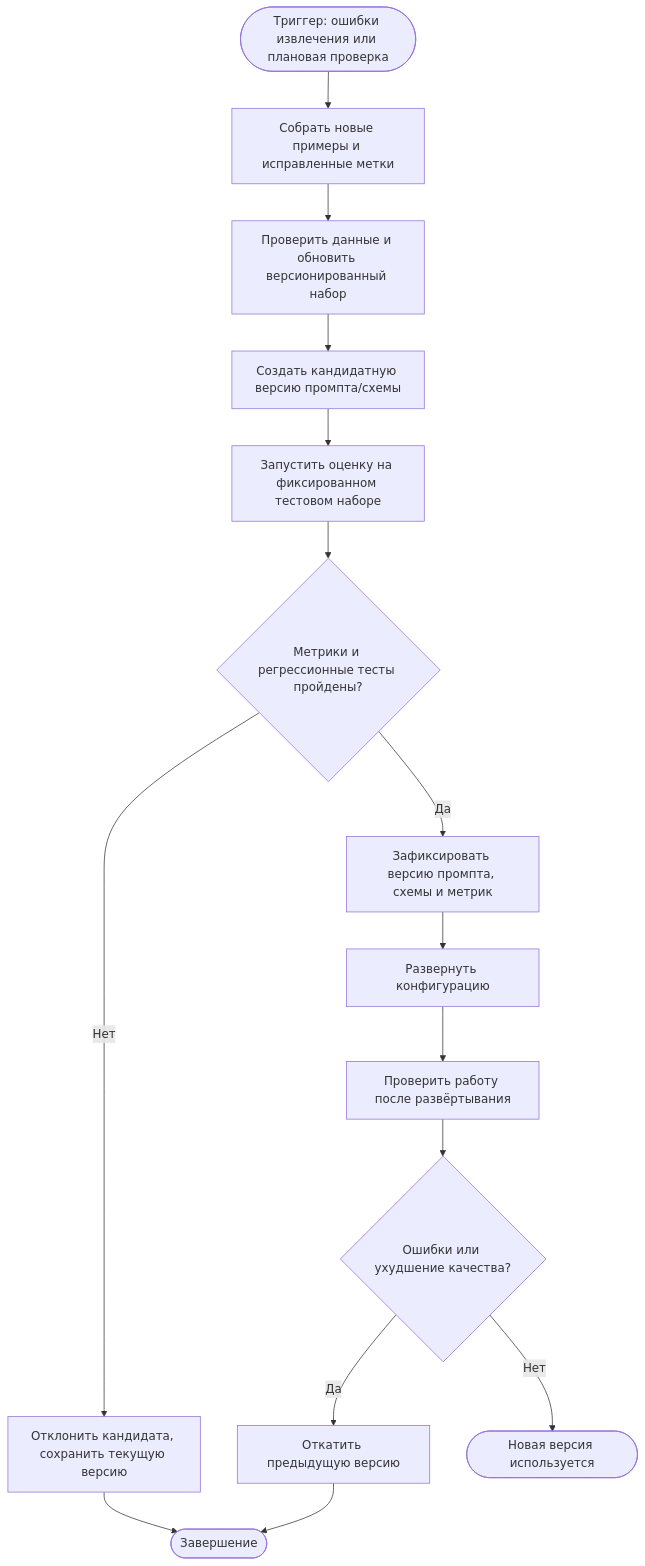
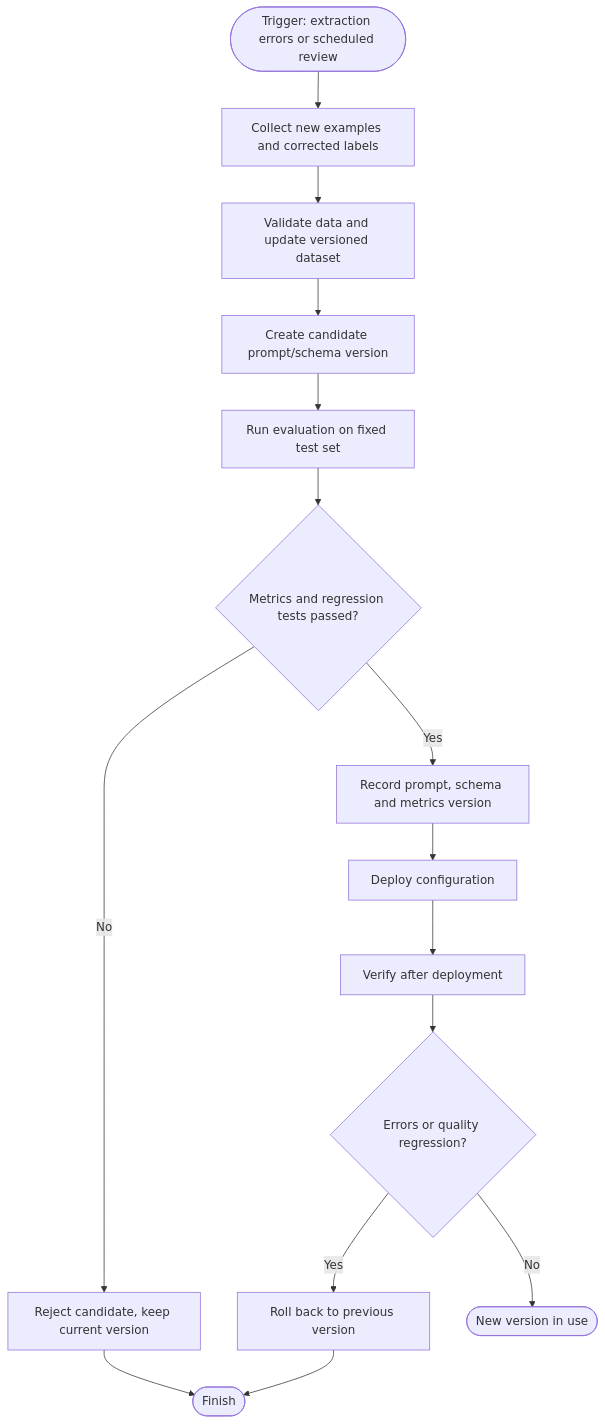
One commit to IvanWend/techanizer changed the diagram in docs/model_retrain_BPMN.md. Above: the diagram before and after it, drawn with Mermaid. The commit also changed other lines of this file and 2 other files, not shown here.

Commit message:
update model docs

````diff
--- a/docs/model_retrain_BPMN.md
+++ b/docs/model_retrain_BPMN.md
@@ -7,17 +7,17 @@
 ```mermaid
 flowchart TD
-    A([Триггер: ошибки извлечения или плановая проверка]) --> B[Собрать новые примеры и исправленные метки]
-    B --> C[Проверить данные и обновить версионированный набор]
-    C --> D[Создать кандидатную версию промпта/схемы]
-    D --> E[Запустить оценку на фиксированном тестовом наборе]
-    E --> F{Метрики и регрессионные тесты пройдены?}
-    F -- Нет --> G[Отклонить кандидата, сохранить текущую версию]
-    G --> H([Завершение])
-    F -- Да --> I[Зафиксировать версию промпта, схемы и метрик]
-    I --> J[Развернуть конфигурацию]
-    J --> K[Проверить работу после развёртывания]
-    K --> L{Ошибки или ухудшение качества?}
-    L -- Да --> M[Откатить предыдущую версию]
+    A([Trigger: extraction errors or scheduled review]) --> B[Collect new examples and corrected labels]
+    B --> C[Validate data and update versioned dataset]
+    C --> D[Create candidate prompt/schema version]
+    D --> E[Run evaluation on fixed test set]
+    E --> F{Metrics and regression tests passed?}
+    F -- No --> G[Reject candidate, keep current version]
+    G --> H([Finish])
+    F -- Yes --> I[Record prompt, schema and metrics version]
+    I --> J[Deploy configuration]
+    J --> K[Verify after deployment]
+    K --> L{Errors or quality regression?}
+    L -- Yes --> M[Roll back to previous version]
     M --> H
-    L -- Нет --> N([Новая версия используется])
+    L -- No --> N([New version in use])
 ```
````
